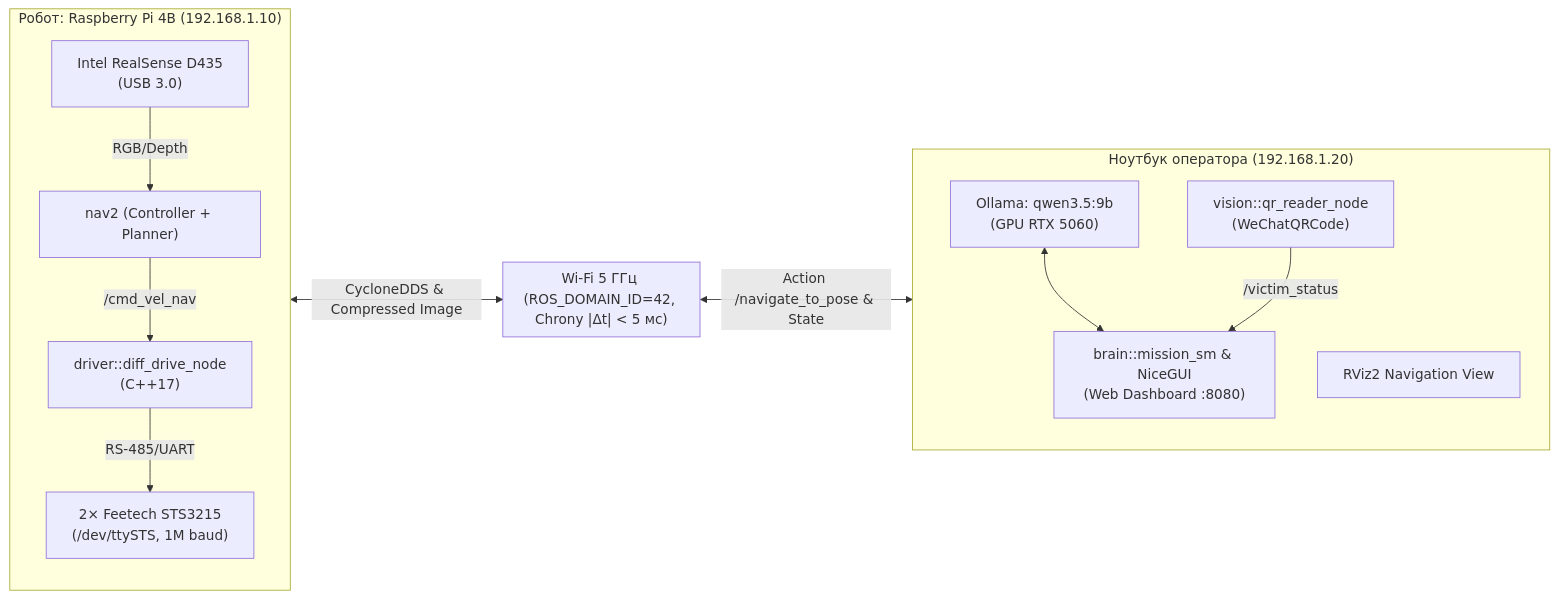
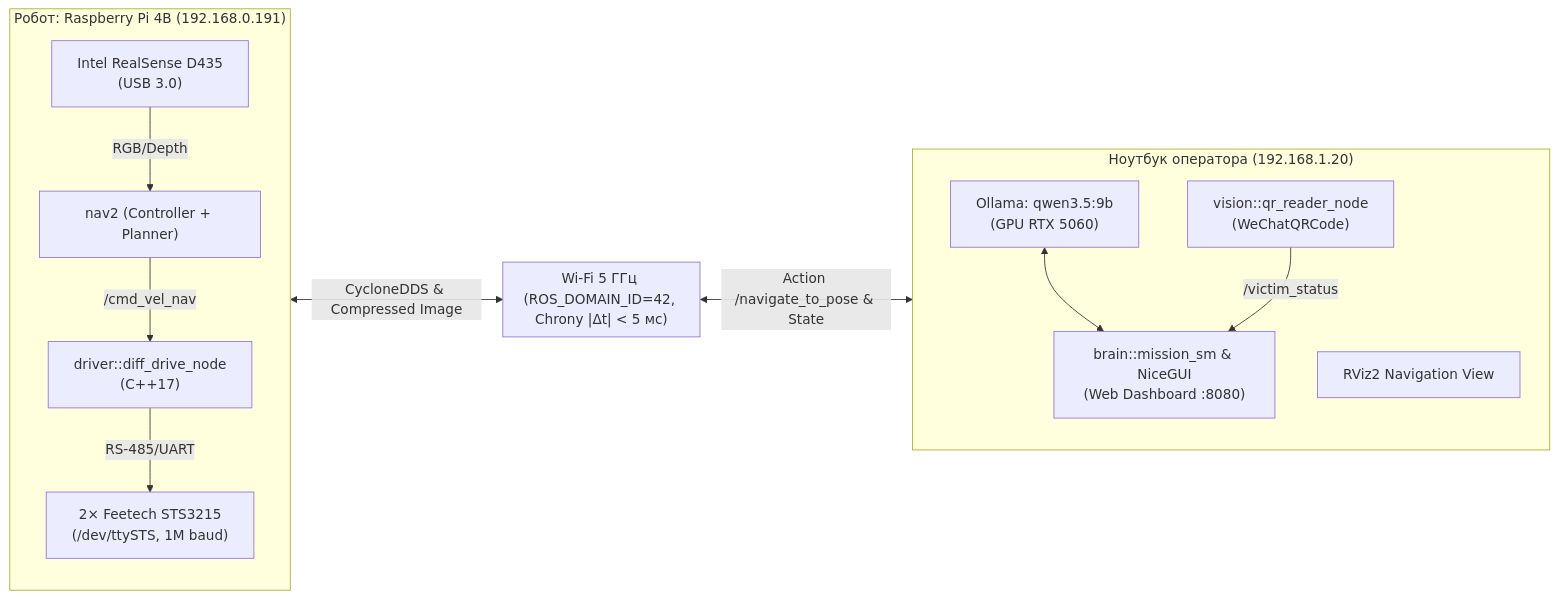
Before and after one commit to traptron/IJKbot: the first of 2 diagrams in README.md, drawn with Mermaid. The commit also changed 24 other files, not shown here.

````diff
--- a/README.md
+++ b/README.md
@@ -67,27 +67,27 @@
 ```mermaid
 flowchart LR
-    subgraph Robot["Робот: Raspberry Pi 4B (192.168.1.10)"]
+    subgraph Robot["Робот: Raspberry Pi 4B (192.168.0.191)"]
         Sensors["Intel RealSense D435<br/>(USB 3.0)"]
         DriverNode["driver::diff_drive_node<br/>(C++17)"]
         Servos["2× Feetech STS3215<br/>(/dev/ttySTS, 1M baud)"]
         Nav2Stack["nav2 (Controller + Planner)"]
         Sensors -->|RGB/Depth| Nav2Stack
         DriverNode -->|RS-485/UART| Servos
         Nav2Stack -->|/cmd_vel_nav| DriverNode
     end
 
     subgraph WiFi["Wi-Fi 5 ГГц (ROS_DOMAIN_ID=42, Chrony |Δt| < 5 мс)"]
     end
 
     subgraph Laptop["Ноутбук оператора (192.168.1.20)"]
         Ollama["Ollama: qwen3.5:9b<br/>(GPU RTX 5060)"]
         VisionNode["vision::qr_reader_node<br/>(WeChatQRCode)"]
         BrainNode["brain::mission_sm & NiceGUI<br/>(Web Dashboard :8080)"]
         RViz["RViz2 Navigation View"]
         Ollama <--> BrainNode
         VisionNode -->|/victim_status| BrainNode
     end
 
     Robot <-->|CycloneDDS & Compressed Image| WiFi
     WiFi <-->|Action /navigate_to_pose & State| Laptop
 ```
````
